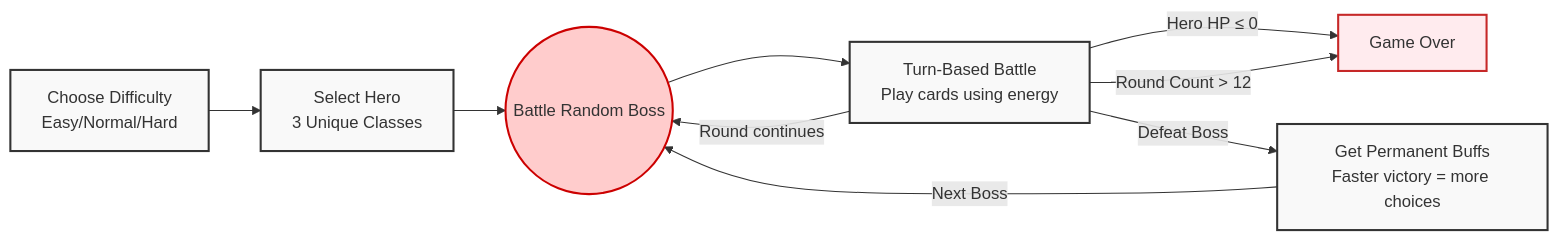
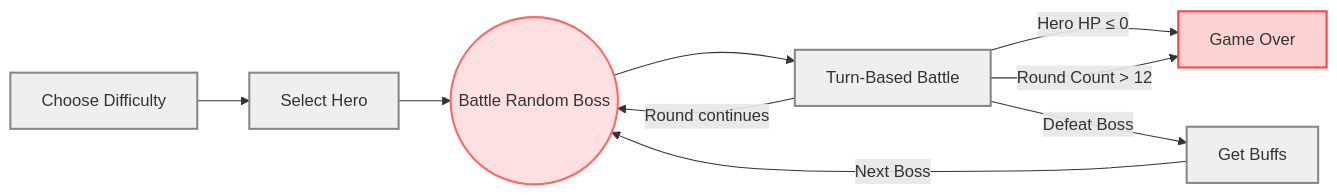
Before and after one commit to IcyCrucifix/COMP2113_Group66: the first of 2 diagrams in README.md, drawn with Mermaid. The commit also changed other lines of this file, not shown here.

Commit message:
Refactor Mermaid diagram and class definitions in README

````diff
--- a/README.md
+++ b/README.md
@@ -47,20 +47,20 @@
 ```mermaid
 graph LR
-    A[Choose Difficulty<br>Easy/Normal/Hard] --> B[Select Hero<br>3 Unique Classes]
+    A[Choose Difficulty] --> B[Select Hero]
     B --> C((Battle Random Boss))
-    C --> D[Turn-Based Battle<br>Play cards using energy]
+    C --> D[Turn-Based Battle]
     
     D -->|Round continues| C
     D -->|Hero HP ≤ 0| E[Game Over]
     D -->|Round Count > 12| E
-    D -->|Defeat Boss| F[Get Permanent Buffs<br>Faster victory = more choices]
+    D -->|Defeat Boss| F[Get Buffs]
     
     F -->|Next Boss| C
     
-    classDef default fill:#f9f9f9,stroke:#333,stroke-width:2px;
-    classDef boss fill:#ffcccc,stroke:#cc0000,stroke-width:2px;
-    classDef death fill:#ffebee,stroke:#c62828,stroke-width:2px;
+    classDef default fill:#8882,stroke:#888,stroke-width:2px;
+    classDef boss fill:#f663,stroke:#f66,stroke-width:2px;
+    classDef death fill:#f223,stroke:#f44,stroke-width:2px;
     
     class C boss;
     class E death;
 ```
````
